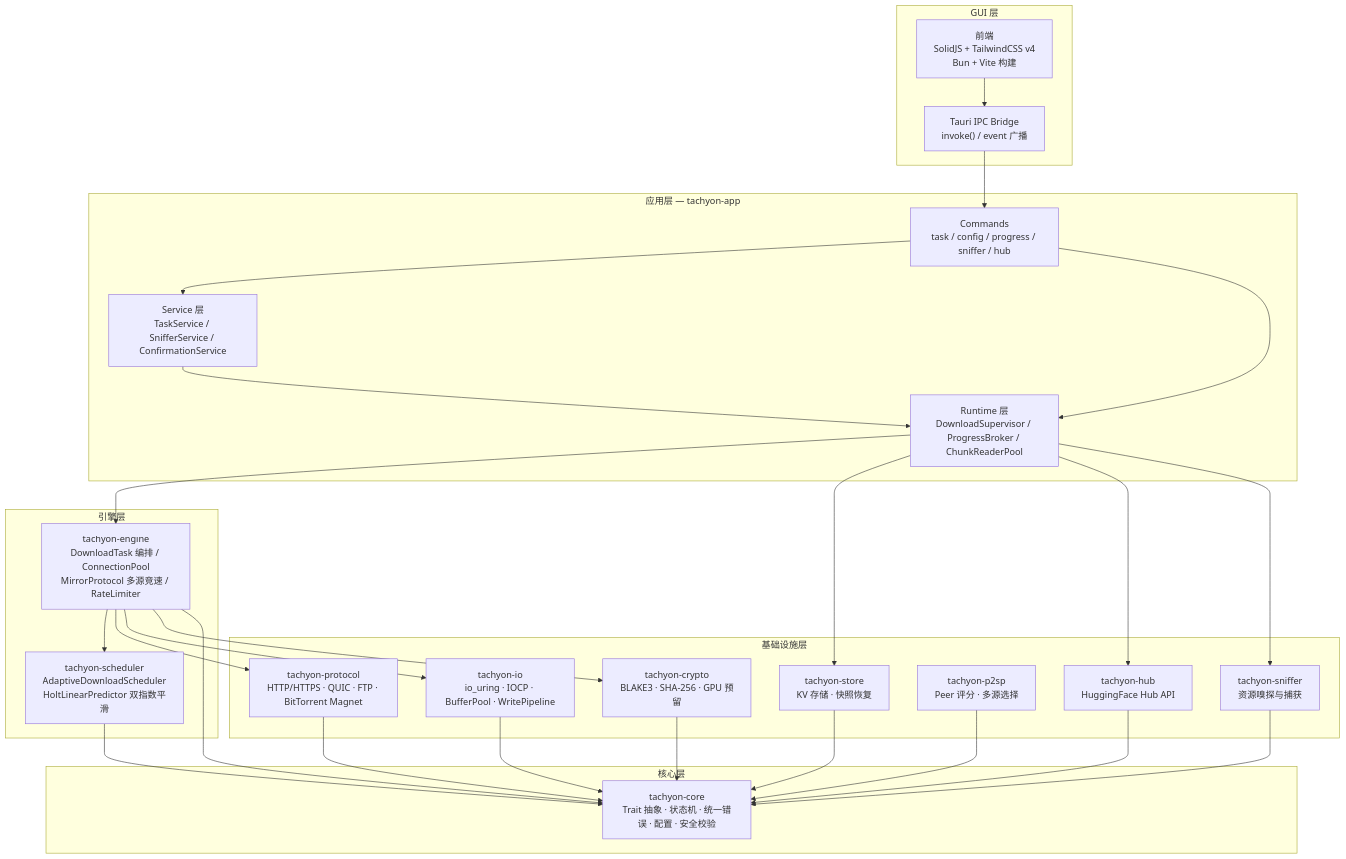
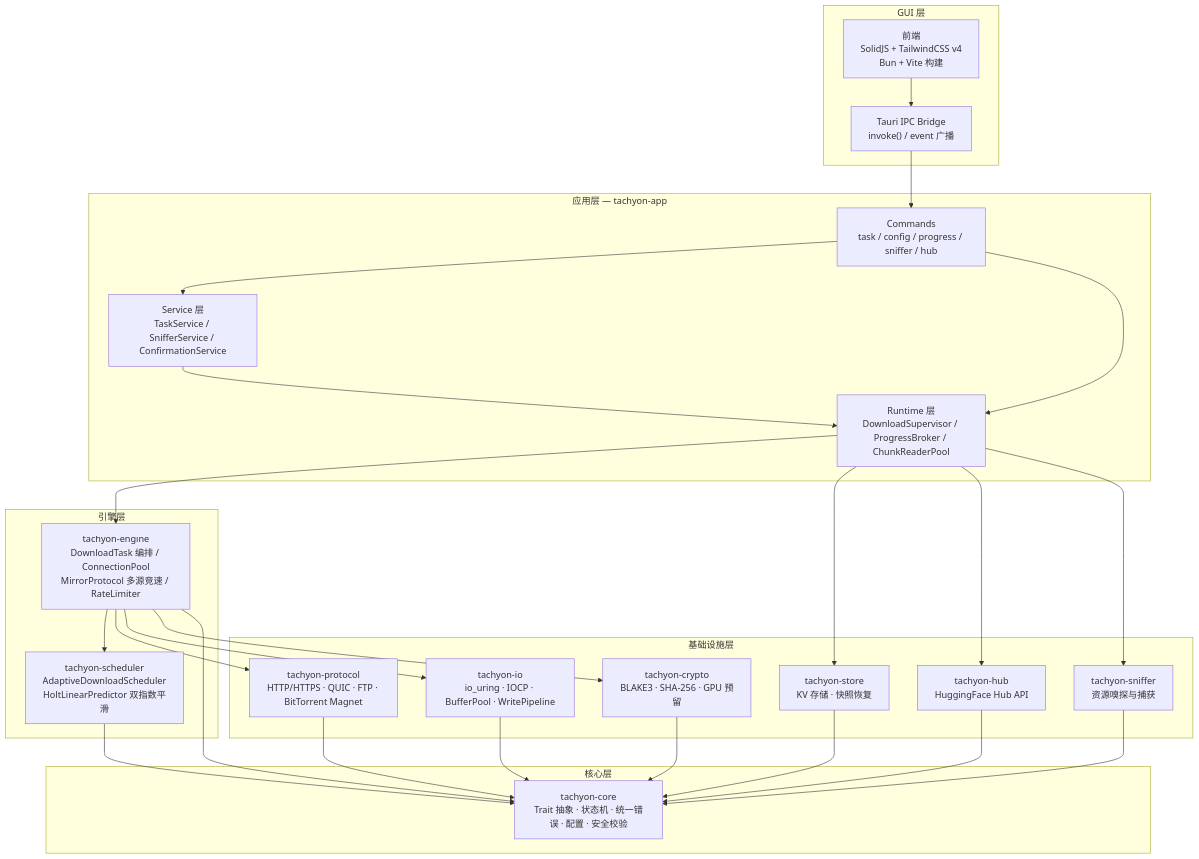
One commit to baiye2941/Tachyon changed the first of 7 diagrams in docs/architecture.md. Above: the diagram before and after it, drawn with Mermaid. The commit also changed other lines of this file and 12 other files, not shown here.

First line of the commit message:
refactor(p2sp): 删除 tachyon-p2sp crate 及 PeerEvent 死代码(P4)

````diff
--- a/docs/architecture.md
+++ b/docs/architecture.md
@@ -34,54 +34,52 @@
 ```mermaid
 graph TB
     subgraph GUI["GUI 层"]
         FE["前端<br/>SolidJS + TailwindCSS v4<br/>Bun + Vite 构建"]
         IPC["Tauri IPC Bridge<br/>invoke() / event 广播"]
     end
 
     subgraph APP["应用层 — tachyon-app"]
         CMDS["Commands<br/>task / config / progress / sniffer / hub"]
         SVC["Service 层<br/>TaskService / SnifferService / ConfirmationService"]
         RT["Runtime 层<br/>DownloadSupervisor / ProgressBroker / ChunkReaderPool"]
     end
 
     subgraph ENGINE["引擎层"]
         ENG["tachyon-engine<br/>DownloadTask 编排 / ConnectionPool<br/>MirrorProtocol 多源竞速 / RateLimiter"]
         SCH["tachyon-scheduler<br/>AdaptiveDownloadScheduler<br/>HoltLinearPredictor 双指数平滑"]
     end
 
     subgraph INFRA["基础设施层"]
         PROTO["tachyon-protocol<br/>HTTP/HTTPS · QUIC · FTP · BitTorrent Magnet"]
         IO["tachyon-io<br/>io_uring · IOCP · BufferPool · WritePipeline"]
         CRYPT["tachyon-crypto<br/>BLAKE3 · SHA-256 · GPU 预留"]
         STORE["tachyon-store<br/>KV 存储 · 快照恢复"]
-        P2SP["tachyon-p2sp<br/>Peer 评分 · 多源选择"]
         HUB["tachyon-hub<br/>HuggingFace Hub API"]
         SNIFF["tachyon-sniffer<br/>资源嗅探与捕获"]
     end
 
     subgraph CORE["核心层"]
         CORELIB["tachyon-core<br/>Trait 抽象 · 状态机 · 统一错误 · 配置 · 安全校验"]
     end
 
     FE --> IPC --> CMDS
     CMDS --> SVC
     CMDS --> RT
     SVC --> RT
     RT --> ENG
     ENG --> SCH
     ENG --> PROTO
     ENG --> IO
     ENG --> CRYPT
     RT --> STORE
     RT --> HUB
     RT --> SNIFF
     PROTO --> CORELIB
     IO --> CORELIB
     CRYPT --> CORELIB
     STORE --> CORELIB
-    P2SP --> CORELIB
     HUB --> CORELIB
     SNIFF --> CORELIB
     SCH --> CORELIB
     ENG --> CORELIB
 ```
````
